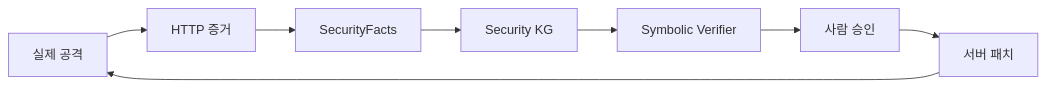
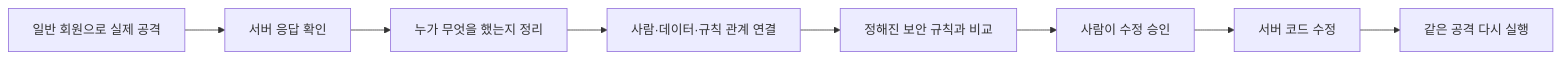
The diagram in README.md (dlwldn4824/codex_community), drawn with Mermaid before and after one commit. The commit also changed other lines of this file and 4 other files, not shown here.

````diff
--- a/README.md
+++ b/README.md
@@ -31,10 +33,10 @@
 ```mermaid
 flowchart LR
-  A[실제 공격] --> B[HTTP 증거]
-  B --> C[SecurityFacts]
-  C --> D[Security KG]
-  D --> E[Symbolic Verifier]
-  E --> F[사람 승인]
-  F --> G[서버 패치]
-  G --> A
+  A[일반 회원으로 실제 공격] --> B[서버 응답 확인]
+  B --> C[누가 무엇을 했는지 정리]
+  C --> D[사람·데이터·규칙 관계 연결]
+  D --> E[정해진 보안 규칙과 비교]
+  E --> F[사람이 수정 승인]
+  F --> G[서버 코드 수정]
+  G --> H[같은 공격 다시 실행]
 ```
````
